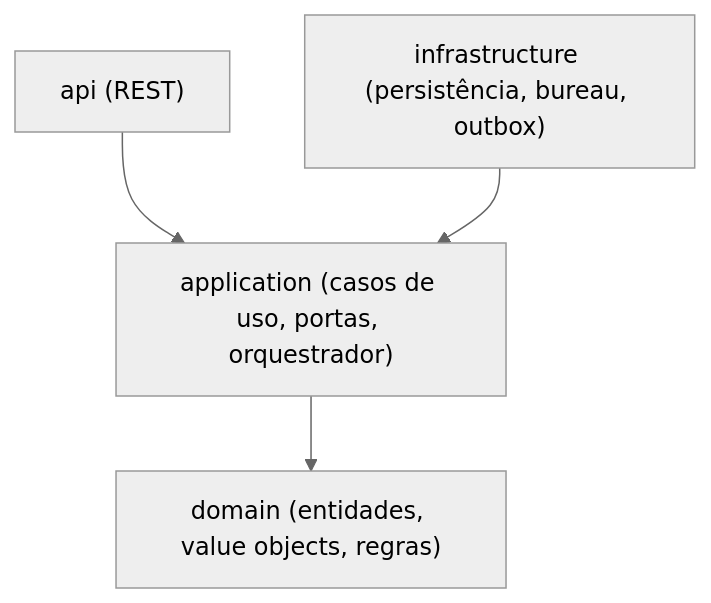
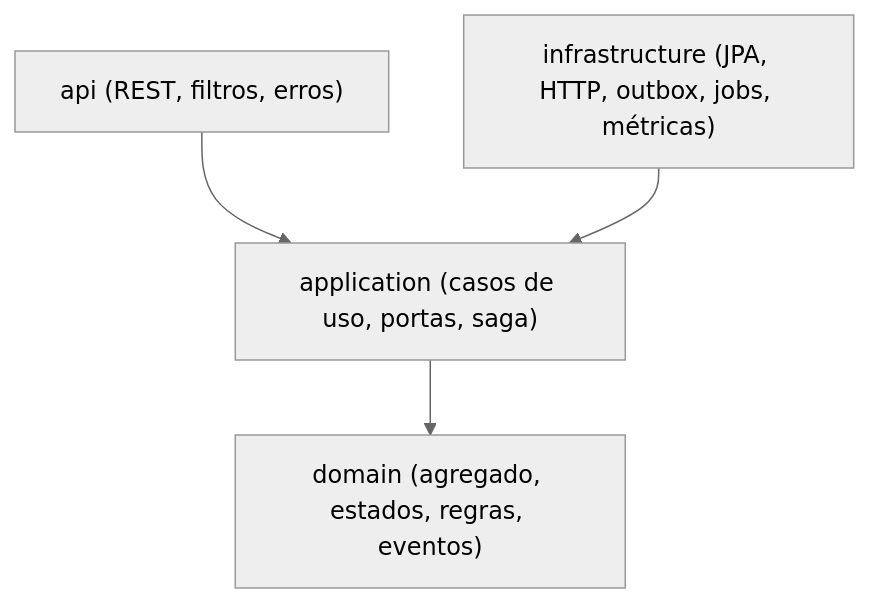
The second of 2 diagrams in README.md (nevvesdev/alcada), drawn with Mermaid (neutral theme) before and after one commit. The commit also changed other lines of this file, not shown here.

````diff
--- a/README.md
+++ b/README.md
@@ -52,7 +67,7 @@
 ```mermaid
 flowchart TB
-    api["api (REST)"] --> application
-    infrastructure["infrastructure (persistência, bureau, outbox)"] --> application
-    application["application (casos de uso, portas, orquestrador)"] --> domain
-    domain["domain (entidades, value objects, regras)"]
+    api["api (REST, filtros, erros)"] --> application
+    infrastructure["infrastructure (JPA, HTTP, outbox, jobs, métricas)"] --> application
+    application["application (casos de uso, portas, saga)"] --> domain
+    domain["domain (agregado, estados, regras, eventos)"]
 ```
````
